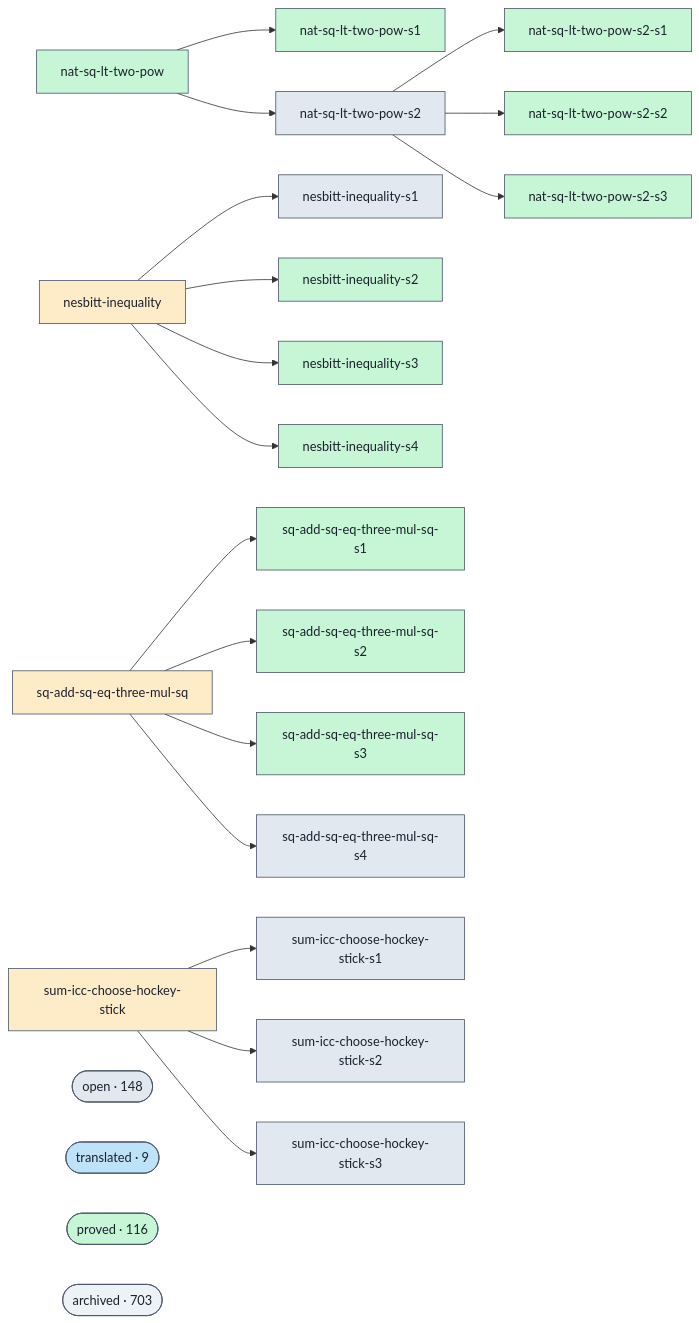
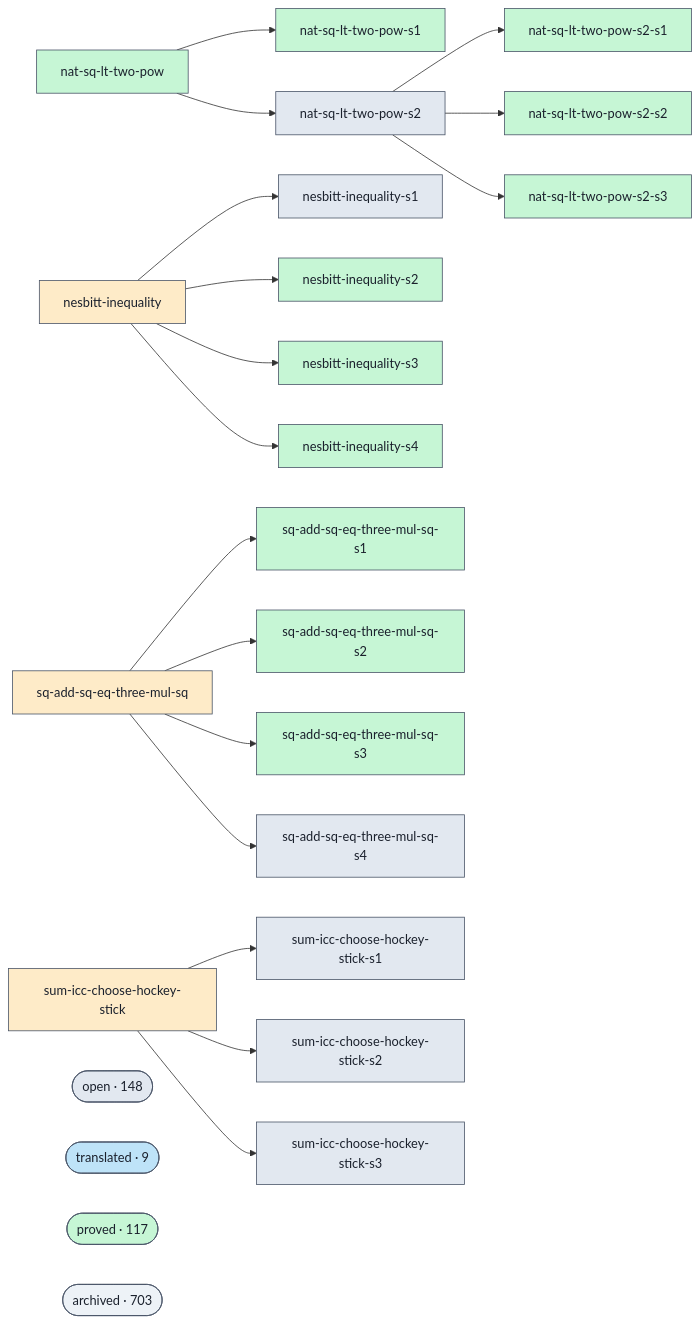
The diagram in docs/proofs-contributors-visualisation.md (ohdearquant/unsorry), drawn with Mermaid before and after one commit. The commit also changed other lines of this file and 2 other files, not shown here.

```diff
--- a/docs/proofs-contributors-visualisation.md
+++ b/docs/proofs-contributors-visualisation.md
@@ -102,7 +102,7 @@
   class cluster_open open;
   cluster_translated(["translated · 9"])
   class cluster_translated translated;
-  cluster_proved(["proved · 116"])
+  cluster_proved(["proved · 117"])
   class cluster_proved proved;
   cluster_archived(["archived · 703"])
   class cluster_archived unknown;
```
